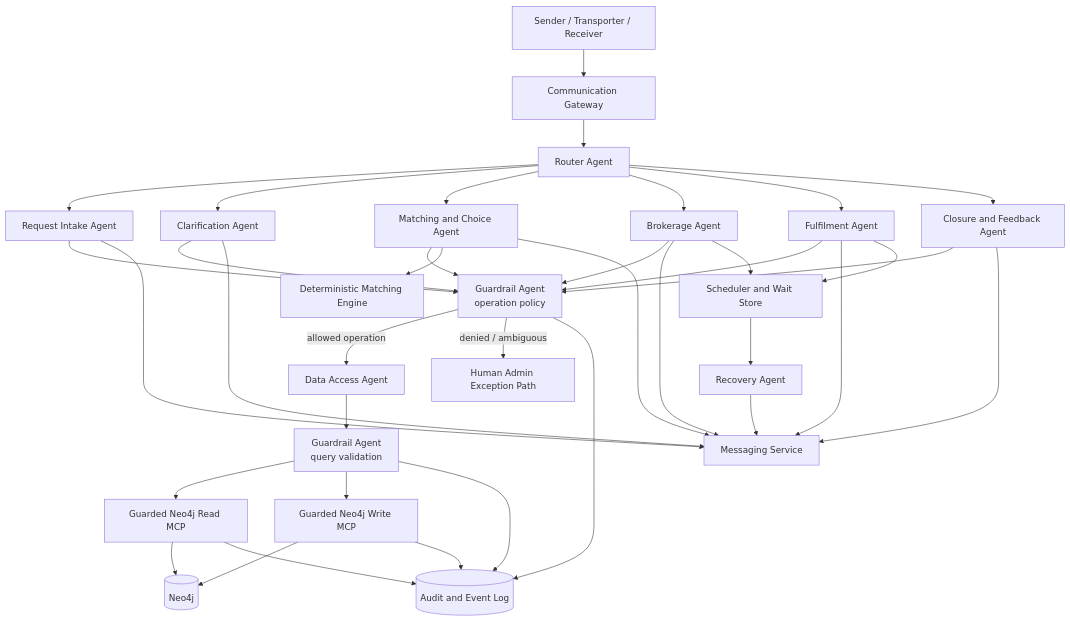
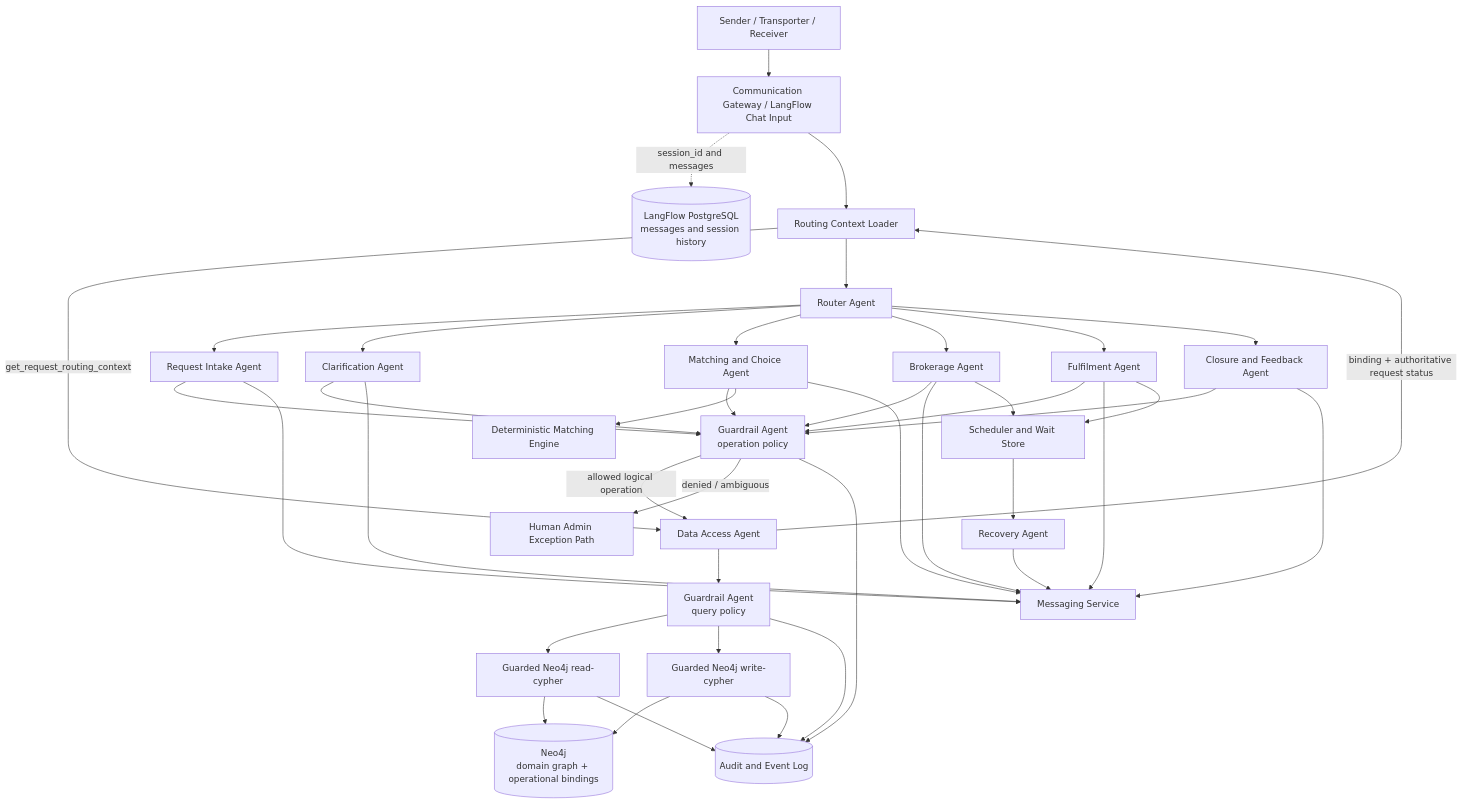
The first of 2 diagrams in architecture/agentic-system-blueprint.md (meaningfy-ws/hulubul-broker), drawn with Mermaid before and after one commit. The commit also changed other lines of this file, not shown here.

````diff
--- a/architecture/agentic-system-blueprint.md
+++ b/architecture/agentic-system-blueprint.md
@@ -114,72 +116,78 @@
 ```mermaid
 flowchart TD
     USER[Sender / Transporter / Receiver]
-    GW[Communication Gateway]
+    GW[Communication Gateway / LangFlow Chat Input]
+    PG[(LangFlow PostgreSQL<br/>messages and session history)]
+    CTX[Routing Context Loader]
     ROUTER[Router Agent]
 
     INTAKE[Request Intake Agent]
     CLARIFY[Clarification Agent]
     MATCH[Matching and Choice Agent]
     BROKER[Brokerage Agent]
     FULFIL[Fulfilment Agent]
     CLOSE[Closure and Feedback Agent]
     RECOVERY[Recovery Agent]
 
     MATCHER[Deterministic Matching Engine]
     MESSAGING[Messaging Service]
     SCHEDULER[Scheduler and Wait Store]
     ADMIN[Human Admin Exception Path]
 
     POLICY[Guardrail Agent<br/>operation policy]
     DATA[Data Access Agent]
-    QUERYGUARD[Guardrail Agent<br/>query validation]
-    READMCP[Guarded Neo4j Read MCP]
-    WRITEMCP[Guarded Neo4j Write MCP]
-    NEO[(Neo4j)]
+    QUERYGUARD[Guardrail Agent<br/>query policy]
+    READMCP[Guarded Neo4j read-cypher]
+    WRITEMCP[Guarded Neo4j write-cypher]
+    NEO[(Neo4j<br/>domain graph + operational bindings)]
     AUDIT[(Audit and Event Log)]
 
     USER --> GW
-    GW --> ROUTER
+    GW -. session_id and messages .-> PG
+    GW --> CTX
+    CTX -->|get_request_routing_context| DATA
+    DATA -->|binding + authoritative request status| CTX
+    CTX --> ROUTER
 
     ROUTER --> INTAKE
     ROUTER --> CLARIFY
     ROUTER --> MATCH
     ROUTER --> BROKER
     ROUTER --> FULFIL
     ROUTER --> CLOSE
 
     INTAKE --> POLICY
     CLARIFY --> POLICY
     MATCH --> POLICY
     BROKER --> POLICY
     FULFIL --> POLICY
     CLOSE --> POLICY
 
     MATCH --> MATCHER
 
-    POLICY -->|allowed operation| DATA
+    POLICY -->|allowed logical operation| DATA
     POLICY -->|denied / ambiguous| ADMIN
 
     DATA --> QUERYGUARD
     QUERYGUARD --> READMCP
     QUERYGUARD --> WRITEMCP
     READMCP --> NEO
     WRITEMCP --> NEO
 
     INTAKE --> MESSAGING
     CLARIFY --> MESSAGING
     MATCH --> MESSAGING
     BROKER --> MESSAGING
     FULFIL --> MESSAGING
     CLOSE --> MESSAGING
     RECOVERY --> MESSAGING
 
     BROKER --> SCHEDULER
     FULFIL --> SCHEDULER
     SCHEDULER --> RECOVERY
 
     WRITEMCP --> AUDIT
     READMCP --> AUDIT
     POLICY --> AUDIT
     QUERYGUARD --> AUDIT
 ```
````
